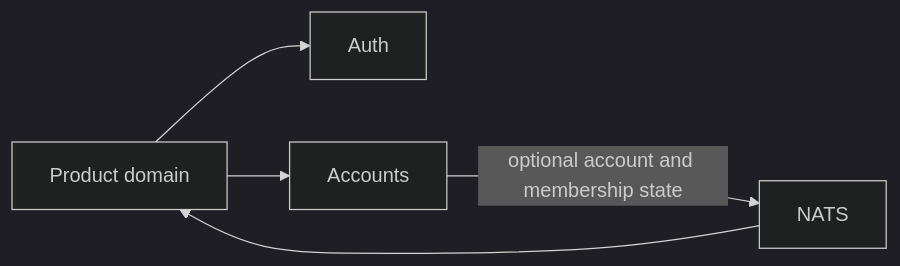
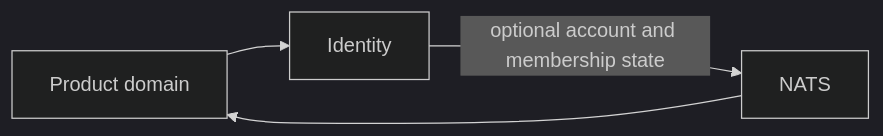
The diagram in README.md (mstaicu/aperitif), drawn with Mermaid (dark theme) before and after one commit. The commit also changed other lines of this file and 17 other files, not shown here.

````diff
--- a/README.md
+++ b/README.md
@@ -17,7 +17,6 @@
 ```mermaid
 flowchart LR
-  Product[Product domain] --> Auth[Auth]
-  Product --> Accounts[Accounts]
-  Accounts -->|optional account and membership state| NATS[NATS]
+  Product[Product domain] --> Identity[Identity]
+  Identity -->|optional account and membership state| NATS[NATS]
   NATS --> Product
 ```
````
